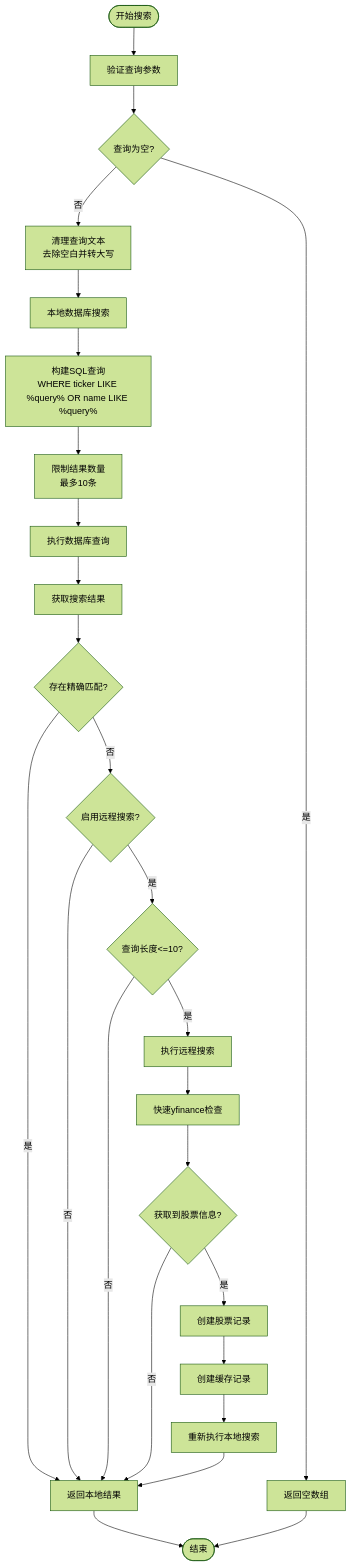
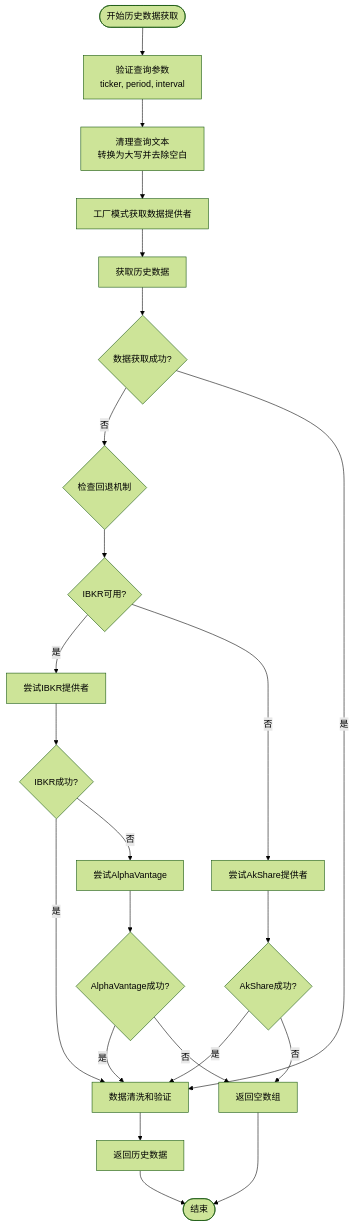
The fourth of 8 diagrams in .qoder/repowiki/zh/content/投资组合管理/股票搜索功能.md (breeze-lyf/ai-stock-advisor), drawn with Mermaid (forest theme) before and after one commit. The commit also changed other lines of this file and 52 other files, not shown here.

Commit message:
Remove Alpha Vantage provider, enhance Akshare with retry and forced proxy for reliable market data, and introduce user notification settings with corresponding database migrations and frontend updates.

````diff
--- a/.qoder/repowiki/zh/content/投资组合管理/股票搜索功能.md
+++ b/.qoder/repowiki/zh/content/投资组合管理/股票搜索功能.md
@@ -191,28 +246,25 @@
 ```mermaid
 flowchart TD
-Start([开始搜索]) --> Validate["验证查询参数"]
-Validate --> EmptyCheck{"查询为空?"}
-EmptyCheck --> |是| ReturnEmpty["返回空数组"]
-EmptyCheck --> |否| CleanQuery["清理查询文本<br/>去除空白并转大写"]
-CleanQuery --> LocalSearch["本地数据库搜索"]
-LocalSearch --> BuildQuery["构建SQL查询<br/>WHERE ticker LIKE %query% OR name LIKE %query%"]
-BuildQuery --> Limit["限制结果数量<br/>最多10条"]
-Limit --> Execute["执行数据库查询"]
-Execute --> GetResults["获取搜索结果"]
-GetResults --> CheckExact{"存在精确匹配?"}
-CheckExact --> |是| ReturnResults["返回本地结果"]
-CheckExact --> |否| CheckRemote{"启用远程搜索?"}
-CheckRemote --> |否| ReturnResults
-CheckRemote --> |是| CheckLength{"查询长度<=10?"}
-CheckLength --> |否| ReturnResults
-CheckLength --> |是| RemoteSearch["执行远程搜索"]
-RemoteSearch --> QuickCheck["快速yfinance检查"]
-QuickCheck --> HasInfo{"获取到股票信息?"}
-HasInfo --> |否| ReturnResults
-HasInfo --> |是| CreateStock["创建股票记录"]
-CreateStock --> CreateCache["创建缓存记录"]
-CreateCache --> ReSearch["重新执行本地搜索"]
-ReSearch --> ReturnResults
-ReturnResults --> End([结束])
-ReturnEmpty --> End
+Start([开始历史数据获取]) --> Validate["验证查询参数<br/>ticker, period, interval"]
+Validate --> CleanQuery["清理查询文本<br/>转换为大写并去除空白"]
+CleanQuery --> GetProvider["工厂模式获取数据提供者"]
+GetProvider --> GetData["获取历史数据"]
+GetData --> CheckData{"数据获取成功?"}
+CheckData --> |否| CheckFallback{"检查回退机制"}
+CheckData --> |是| SanitizeData["数据清洗和验证"]
+SanitizeData --> ReturnData["返回历史数据"]
+CheckFallback --> CheckIBKR{"IBKR可用?"}
+CheckIBKR --> |是| TryIBKR["尝试IBKR提供者"]
+CheckIBKR --> |否| TryAkShare["尝试AkShare提供者"]
+TryIBKR --> CheckIBKRResult{"IBKR成功?"}
+TryAkShare --> CheckAkShareResult{"AkShare成功?"}
+CheckIBKRResult --> |是| SanitizeData
+CheckIBKRResult --> |否| TryAlphaVantage["尝试AlphaVantage"]
+CheckAkShareResult --> |是| SanitizeData
+CheckAkShareResult --> |否| ReturnEmpty["返回空数组"]
+TryAlphaVantage --> CheckAVResult{"AlphaVantage成功?"}
+CheckAVResult --> |是| SanitizeData
+CheckAVResult --> |否| ReturnEmpty
+ReturnEmpty --> End([结束])
+ReturnData --> End
 ```
````
